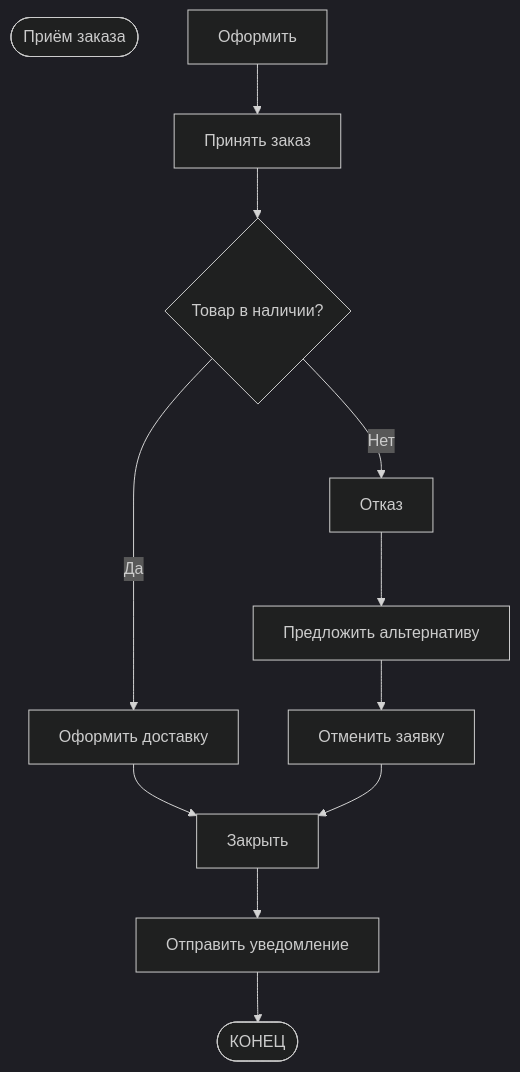
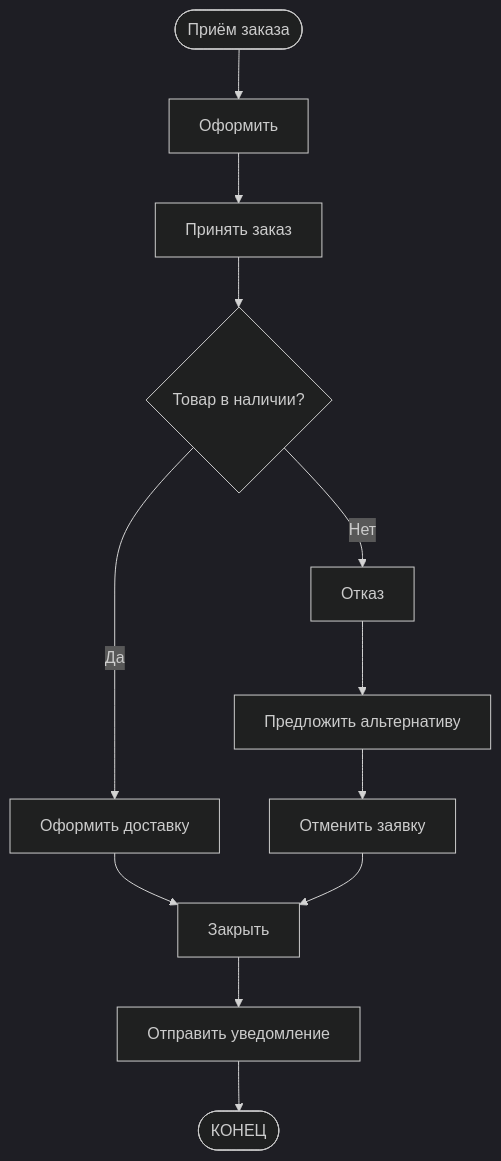
One commit to InExSu/claude-skills changed the diagram in drakonhub/templates/silhouette.mmd. Above: the diagram before and after it, drawn with Mermaid (dark theme). The commit also changed 2 other files, not shown here.

Commit message:
fix(drakonhub): mermaid — skip unnamed branches, link header to entry

```diff
--- a/drakonhub/templates/silhouette.mmd
+++ b/drakonhub/templates/silhouette.mmd
@@ -1,22 +1,23 @@
 flowchart TD
   HEADER(["Приём заказа"])
   n4["Оформить"]
   n5["Отказ"]
   n6["Закрыть"]
   n1(["КОНЕЦ"])
   n10["Принять заказ"]
   n20{"Товар в наличии?"}
   n30["Оформить доставку"]
   n50["Предложить альтернативу"]
   n60["Отменить заявку"]
   n80["Отправить уведомление"]
   n4 --> n10
   n5 --> n50
   n6 --> n80
   n10 --> n20
   n20 -- Да --> n30
   n20 -- Нет --> n5
   n30 --> n6
   n50 --> n60
   n60 --> n6
   n80 --> n1
+  HEADER --> n4
```
